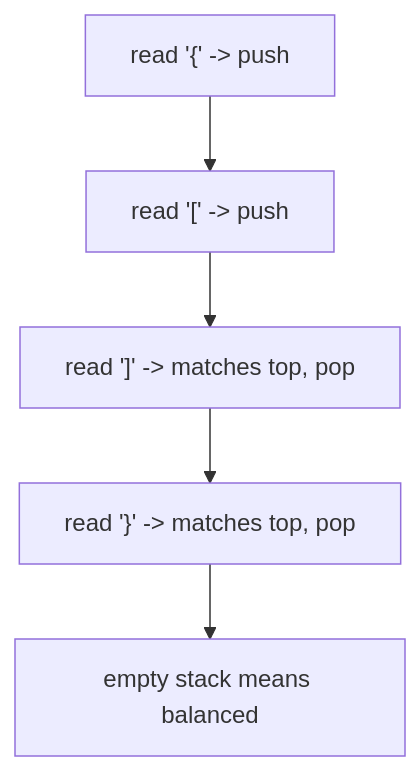
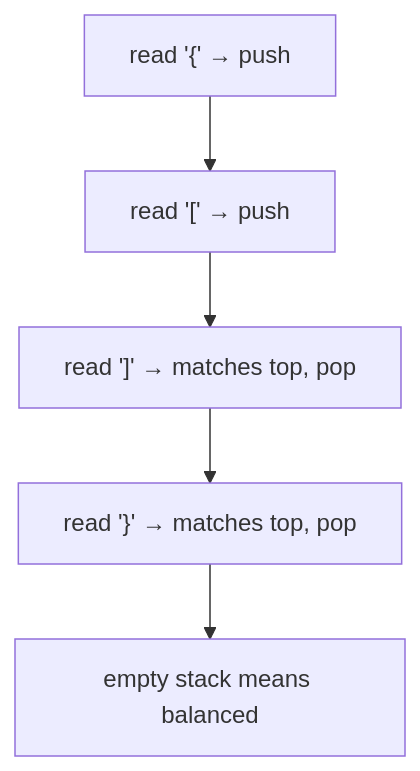
The first of 2 diagrams in content/courses/mastering-dsa-cpp/stacks.mdx (dataslope/dataslope), drawn with Mermaid before and after one commit. The commit also changed 26 other files, not shown here.

````diff
--- a/content/courses/mastering-dsa-cpp/stacks.mdx
+++ b/content/courses/mastering-dsa-cpp/stacks.mdx
@@ -112,7 +112,7 @@
 ```mermaid
 flowchart TD
-    A["read '{' -> push"] --> B["read '[' -> push"]
-    B --> C["read ']' -> matches top, pop"]
-    C --> D["read '}' -> matches top, pop"]
+    A["read '{' → push"] --> B["read '[' → push"]
+    B --> C["read ']' → matches top, pop"]
+    C --> D["read '}' → matches top, pop"]
     D --> E["empty stack means balanced"]
 ```
````
